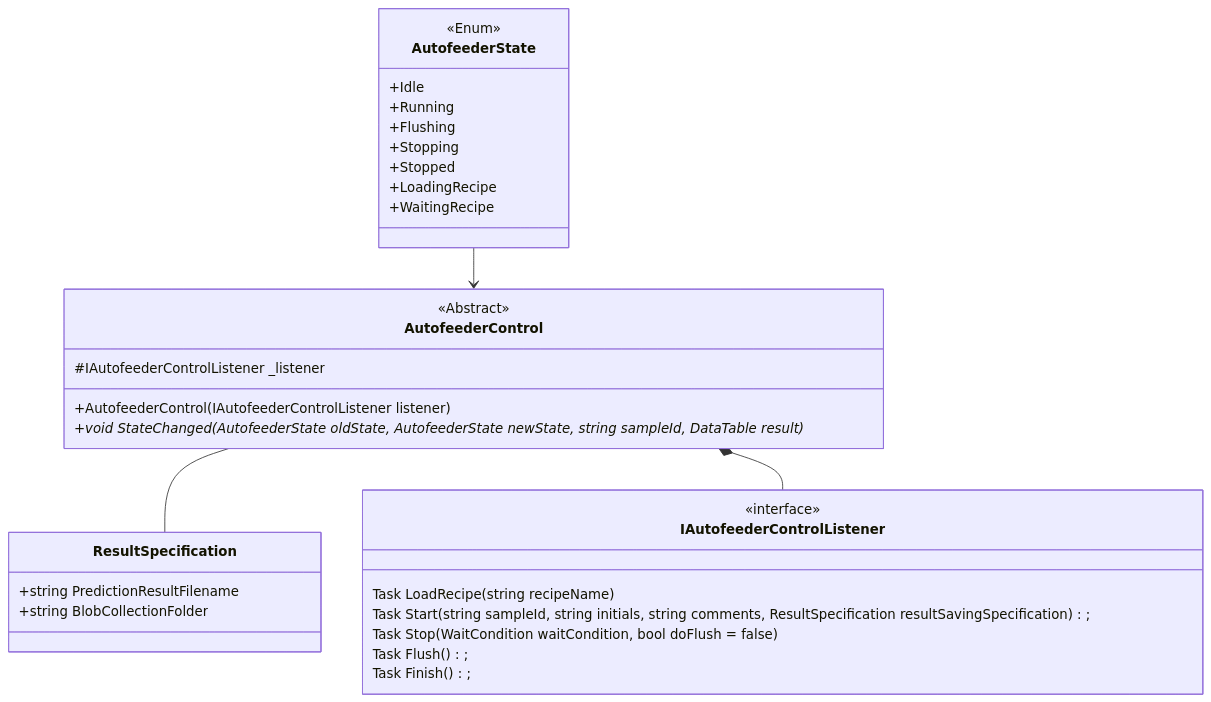
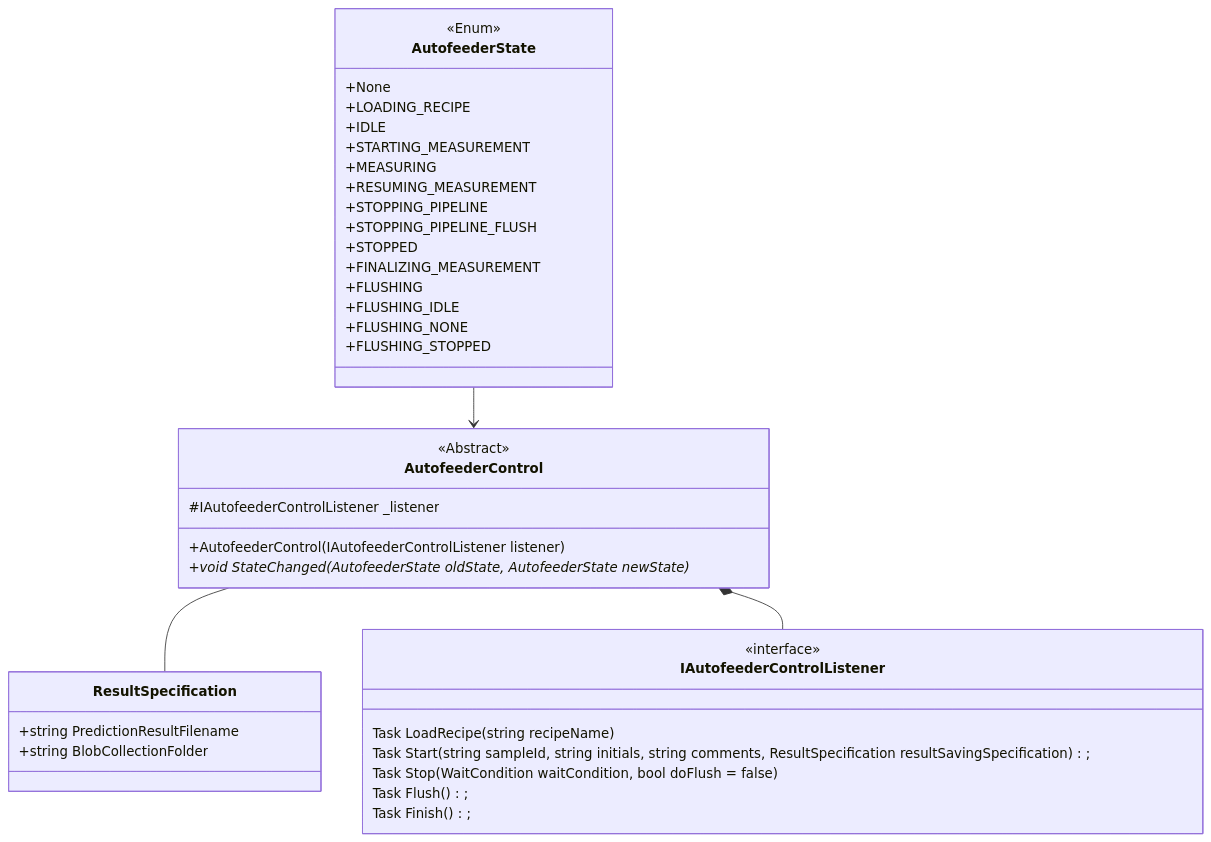
Before and after one commit to Videometer/VM.Lab.Interfaces.BlobAnalyzer: the second of 2 diagrams in README.md, drawn with Mermaid. The commit also changed other lines of this file and 3 other files, not shown here.

````diff
--- a/README.md
+++ b/README.md
@@ -53,38 +69,45 @@
 ```mermaid
 classDiagram
     
 class IAutofeederControlListener {
     <<interface>>
     Task LoadRecipe(string recipeName)
     Task Start(string sampleId, string initials, string comments, ResultSpecification resultSavingSpecification);
     Task Stop(WaitCondition waitCondition, bool doFlush = false)
     Task Flush();
     Task Finish();
 }
 
 AutofeederControl -- ResultSpecification
 class ResultSpecification {
   +string PredictionResultFilename
   +string BlobCollectionFolder
 }
 
 class AutofeederControl {
     <<Abstract>>
 	#IAutofeederControlListener _listener
     +AutofeederControl(IAutofeederControlListener listener)
-    +void StateChanged(AutofeederState oldState, AutofeederState newState, string sampleId, DataTable result)*
+    +void StateChanged(AutofeederState oldState, AutofeederState newState)*
 }
 AutofeederControl *-- IAutofeederControlListener
 AutofeederState --> AutofeederControl
 class AutofeederState {
     <<Enum>>
-    +Idle
-    +Running
-    +Flushing
-    +Stopping
-    +Stopped
-    +LoadingRecipe
-    +WaitingRecipe
+      +None
+      +LOADING_RECIPE
+      +IDLE
+      +STARTING_MEASUREMENT
+      +MEASURING
+      +RESUMING_MEASUREMENT
+      +STOPPING_PIPELINE
+      +STOPPING_PIPELINE_FLUSH
+      +STOPPED
+      +FINALIZING_MEASUREMENT
+      +FLUSHING
+      +FLUSHING_IDLE
+      +FLUSHING_NONE
+      +FLUSHING_STOPPED
 }
 
 ```
````
